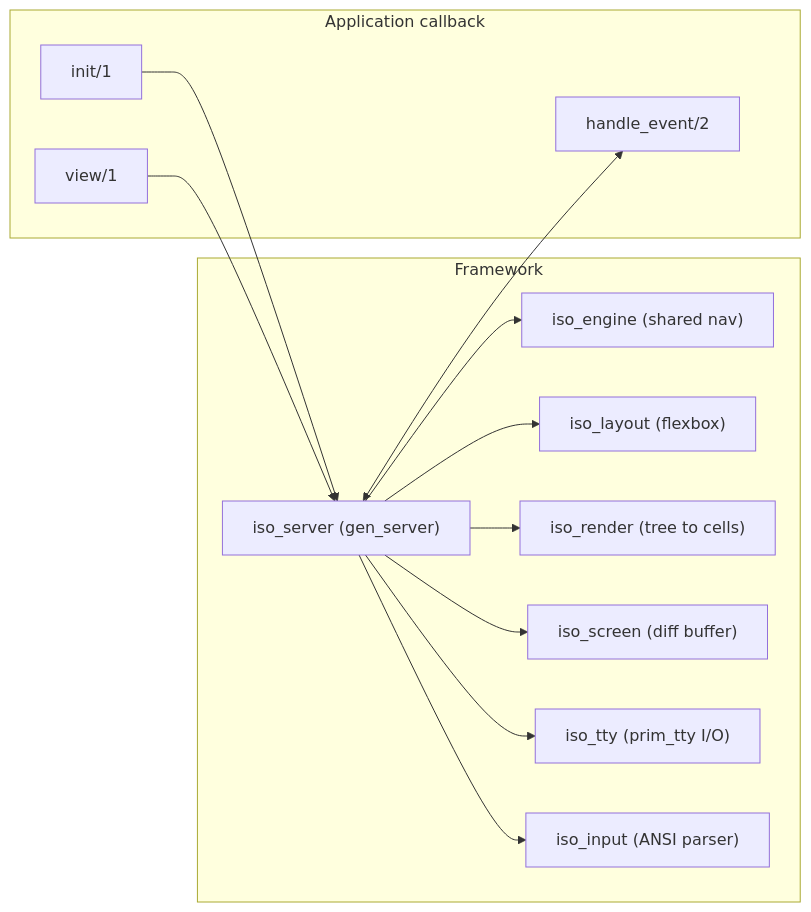
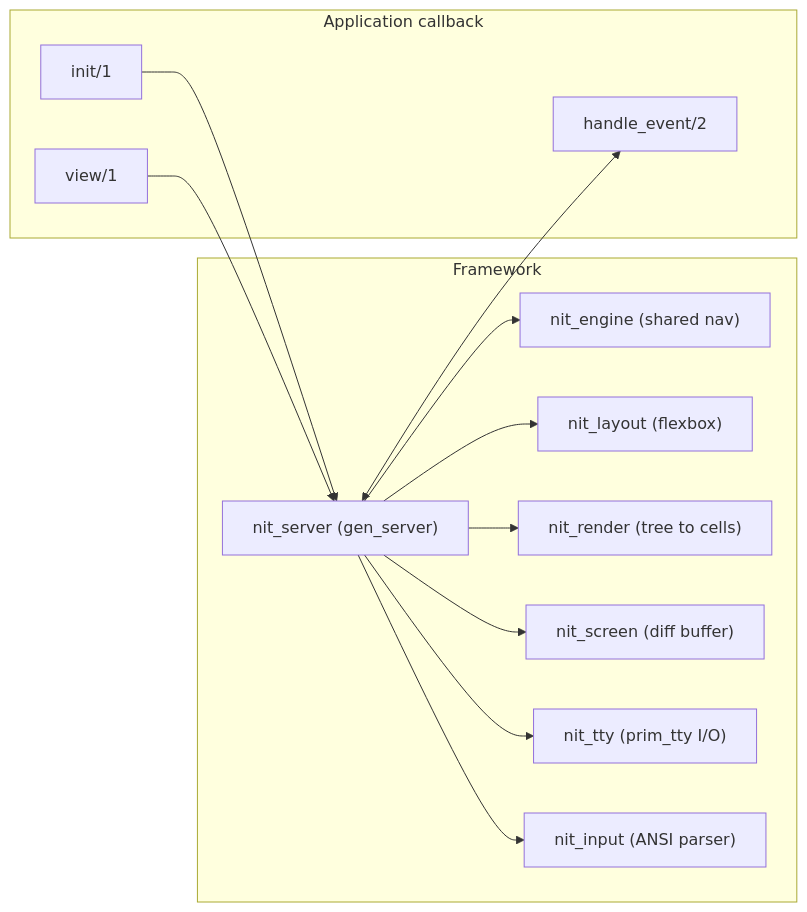
The diagram in nitui.md (lixen-wg2/nitui), drawn with Mermaid before and after one commit. The commit also changed other lines of this file and 127 other files, not shown here.

````diff
--- a/nitui.md
+++ b/nitui.md
@@ -13,29 +13,29 @@
 ```mermaid
 flowchart LR
     subgraph App["Application callback"]
         Init["init/1"]
         View["view/1"]
         HandleEvent["handle_event/2"]
     end
 
     subgraph Framework["Framework"]
-        Server["iso_server (gen_server)"]
-        Engine["iso_engine (shared nav)"]
-        Layout["iso_layout (flexbox)"]
-        Render["iso_render (tree to cells)"]
-        Screen["iso_screen (diff buffer)"]
-        Tty["iso_tty (prim_tty I/O)"]
-        Input["iso_input (ANSI parser)"]
+        Server["nit_server (gen_server)"]
+        Engine["nit_engine (shared nav)"]
+        Layout["nit_layout (flexbox)"]
+        Render["nit_render (tree to cells)"]
+        Screen["nit_screen (diff buffer)"]
+        Tty["nit_tty (prim_tty I/O)"]
+        Input["nit_input (ANSI parser)"]
     end
 
     Init --> Server
     View --> Server
     Server <--> HandleEvent
 
     Server --> Engine
     Server --> Layout
     Server --> Render
     Server --> Screen
     Server --> Tty
     Server --> Input
 ```
````
